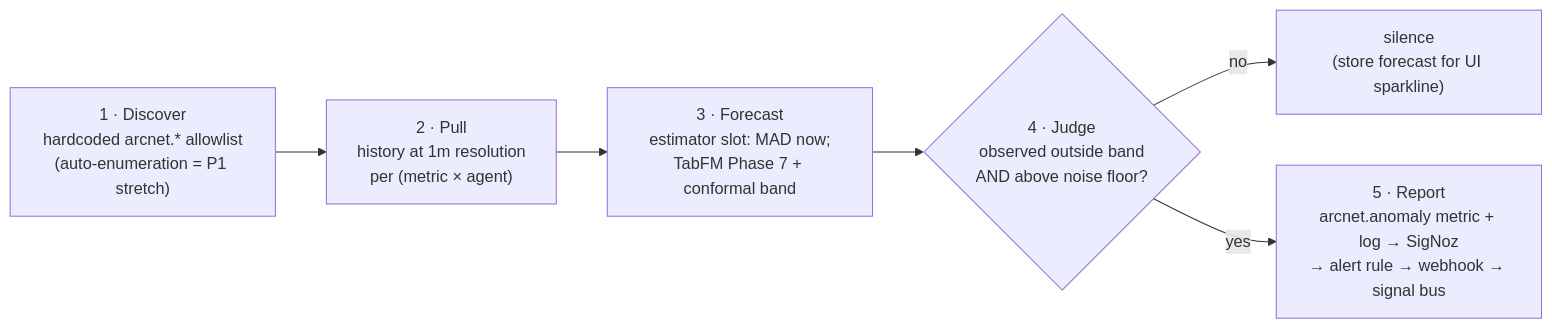
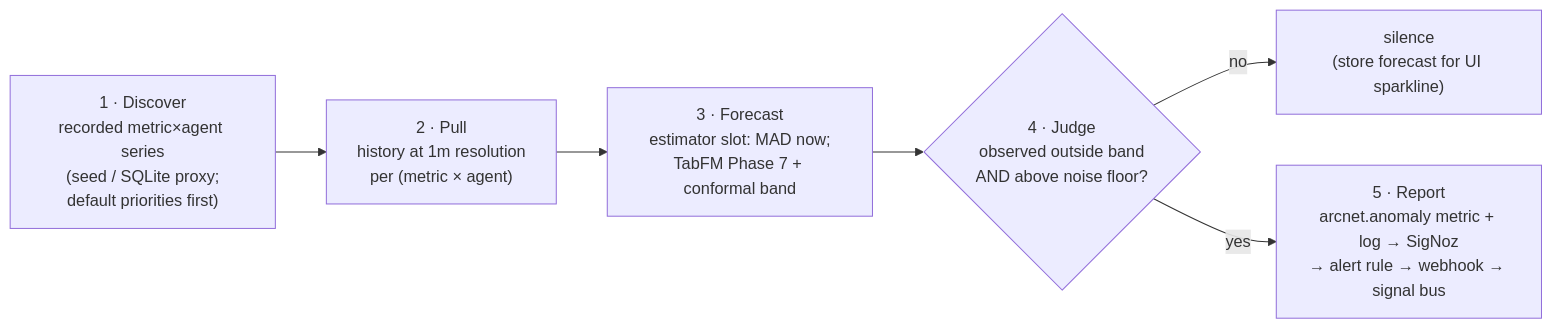
One commit to chiruu12/arcnet changed the diagram in docs/07-griffin-anomaly.md. Above: the diagram before and after it, drawn with Mermaid. The commit also changed other lines of this file and 7 other files, not shown here.

````diff
--- a/docs/07-griffin-anomaly.md
+++ b/docs/07-griffin-anomaly.md
@@ -27,8 +27,8 @@
 ```mermaid
 flowchart LR
-    A["1 · Discover<br/>hardcoded arcnet.* allowlist<br/>(auto-enumeration = P1 stretch)"] --> B["2 · Pull<br/>history at 1m resolution<br/>per (metric × agent)"]
+    A["1 · Discover<br/>recorded metric×agent series<br/>(seed / SQLite proxy;<br/>default priorities first)"] --> B["2 · Pull<br/>history at 1m resolution<br/>per (metric × agent)"]
     B --> C["3 · Forecast<br/>estimator slot: MAD now;<br/>TabFM Phase 7 + conformal band"]
     C --> D{"4 · Judge<br/>observed outside band<br/>AND above noise floor?"}
     D -- no --> E["silence<br/>(store forecast for UI sparkline)"]
     D -- yes --> F["5 · Report<br/>arcnet.anomaly metric + log → SigNoz<br/>→ alert rule → webhook → signal bus"]
 ```
````
